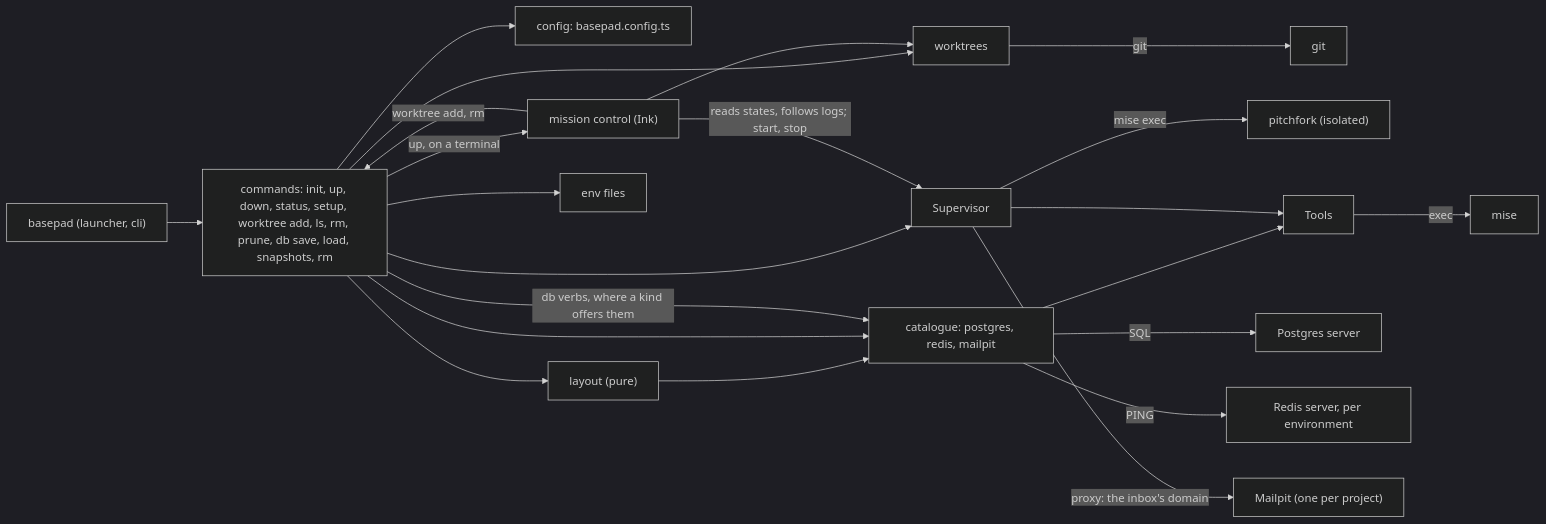
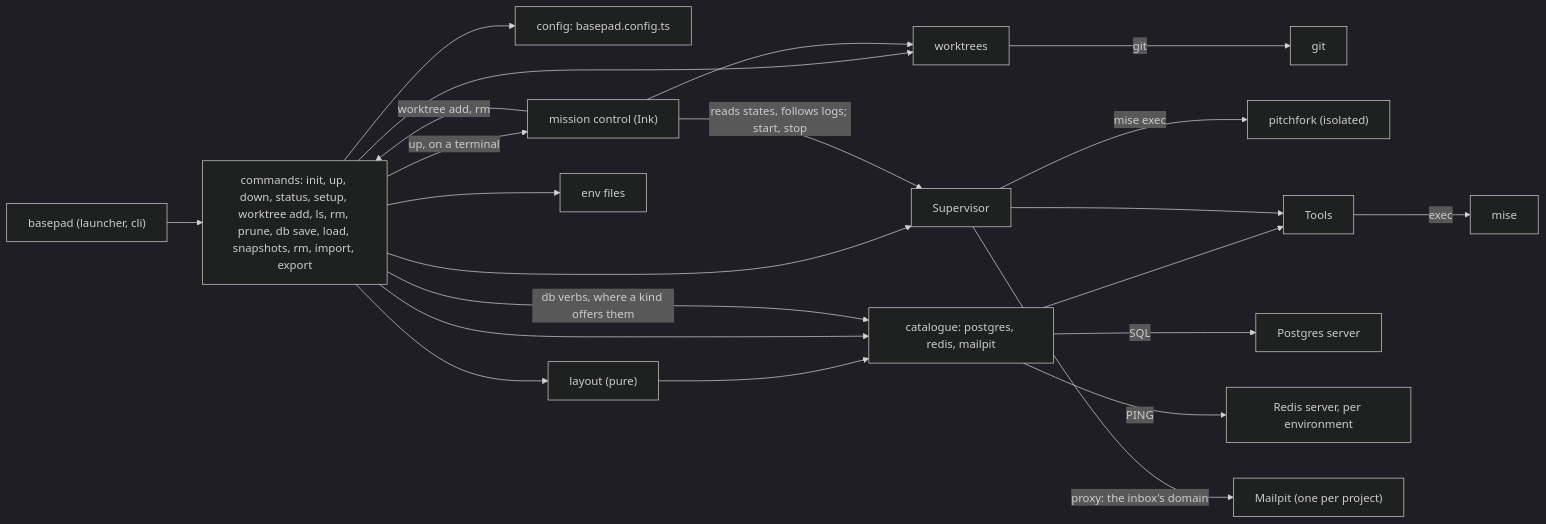
One commit to Aysnc-Labs/basepad changed the diagram in docs/feature-map.md. Above: the diagram before and after it, drawn with Mermaid (dark theme). The commit also changed other lines of this file and 6 other files, not shown here.

First line of the commit message:
db import and db export (#27)

````diff
--- a/docs/feature-map.md
+++ b/docs/feature-map.md
@@ -12,24 +12,24 @@
 ```mermaid
 flowchart LR
-  CLI["basepad (launcher, cli)"] --> Commands["commands: init, up, down, status, setup, worktree add, ls, rm, prune, db save, load, snapshots, rm"]
+  CLI["basepad (launcher, cli)"] --> Commands["commands: init, up, down, status, setup, worktree add, ls, rm, prune, db save, load, snapshots, rm, import, export"]
   Commands --> Worktrees["worktrees"]
   Worktrees -- "git" --> Git["git"]
   Commands --> Config["config: basepad.config.ts"]
   Commands --> Layout["layout (pure)"]
   Layout --> Catalogue
   Commands --> Catalogue["catalogue: postgres, redis, mailpit"]
   Commands -- "db verbs, where a kind offers them" --> Catalogue
   Commands --> Supervisor
   Commands -- "up, on a terminal" --> MissionControl["mission control (Ink)"]
   MissionControl -- "reads states, follows logs; start, stop" --> Supervisor
   MissionControl --> Worktrees
   MissionControl -- "worktree add, rm" --> Commands
   Commands --> EnvFiles["env files"]
   Supervisor -- "mise exec" --> Pitchfork["pitchfork (isolated)"]
   Catalogue --> Tools
   Supervisor --> Tools
   Tools -- "exec" --> Mise["mise"]
   Catalogue -- "SQL" --> Postgres["Postgres server"]
   Catalogue -- "PING" --> Redis["Redis server, per environment"]
   Supervisor -- "proxy: the inbox's domain" --> Mailpit["Mailpit (one per project)"]
 ```
````
